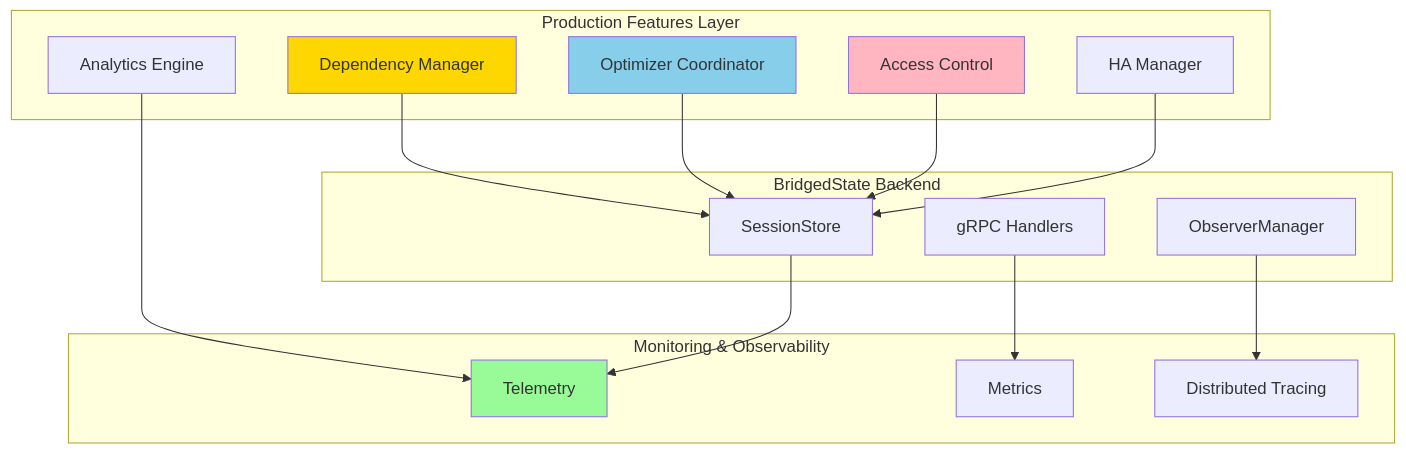
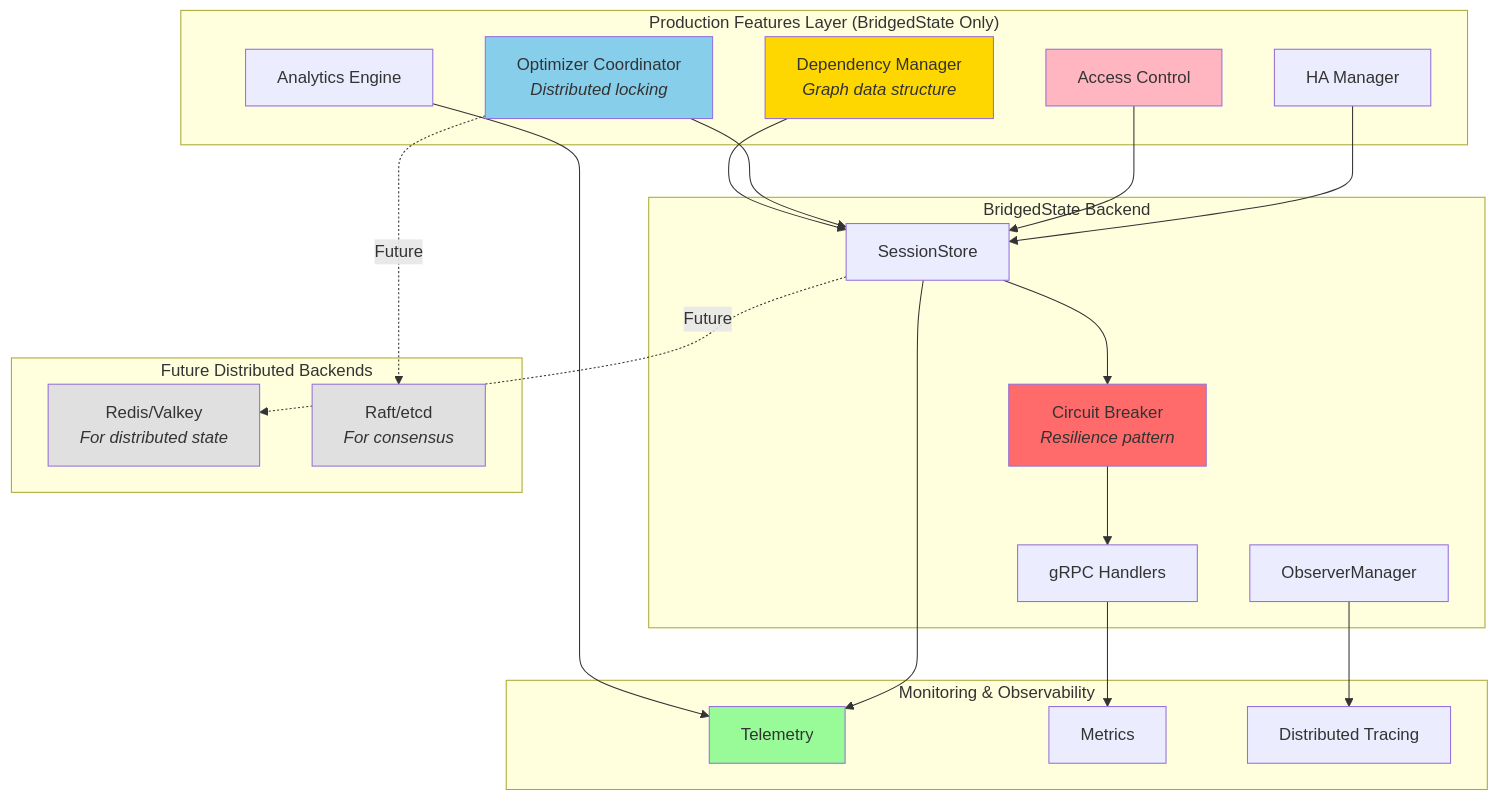
Before and after one commit to nshkrdotcom/DSPex: the diagram in docs/specs/unified_grpc_bridge/44_revised_stage4_prod_hardening.md, drawn with Mermaid. The commit also changed other lines of this file and 5 other files, not shown here.

````diff
--- a/docs/specs/unified_grpc_bridge/44_revised_stage4_prod_hardening.md
+++ b/docs/specs/unified_grpc_bridge/44_revised_stage4_prod_hardening.md
@@ -22,37 +30,51 @@
 ```mermaid
 graph TD
-    subgraph "Production Features Layer"
-        A[Dependency Manager]
-        B[Optimizer Coordinator]
+    subgraph "Production Features Layer (BridgedState Only)"
+        A[Dependency Manager<br/><i>Graph data structure</i>]
+        B[Optimizer Coordinator<br/><i>Distributed locking</i>]
         C[Access Control]
         D[Analytics Engine]
         E[HA Manager]
     end
     
     subgraph "BridgedState Backend"
         F[SessionStore]
         G[gRPC Handlers]
         H[ObserverManager]
+        CB[Circuit Breaker<br/><i>Resilience pattern</i>]
     end
     
     subgraph "Monitoring & Observability"
         I[Telemetry]
         J[Metrics]
         K[Distributed Tracing]
     end
     
+    subgraph "Future Distributed Backends"
+        L[Redis/Valkey<br/><i>For distributed state</i>]
+        M[Raft/etcd<br/><i>For consensus</i>]
+    end
+    
     A --> F
     B --> F
     C --> F
     D --> I
     E --> F
+    F --> CB
+    CB --> G
     
     F --> I
     G --> J
     H --> K
     
+    F -.->|Future| L
+    B -.->|Future| M
+    
     style A fill:#ffd700
     style B fill:#87ceeb
     style C fill:#ffb6c1
     style I fill:#98fb98
+    style CB fill:#ff6b6b
+    style L fill:#e0e0e0
+    style M fill:#e0e0e0
 ```
````
